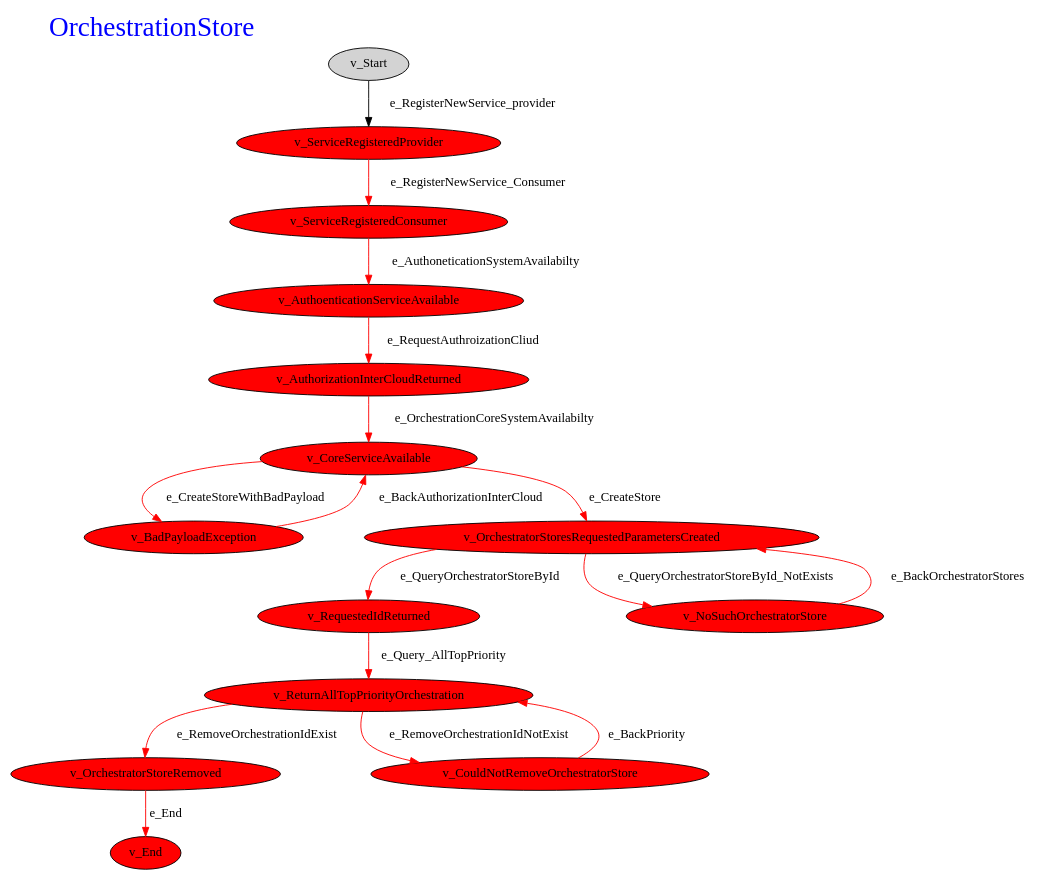
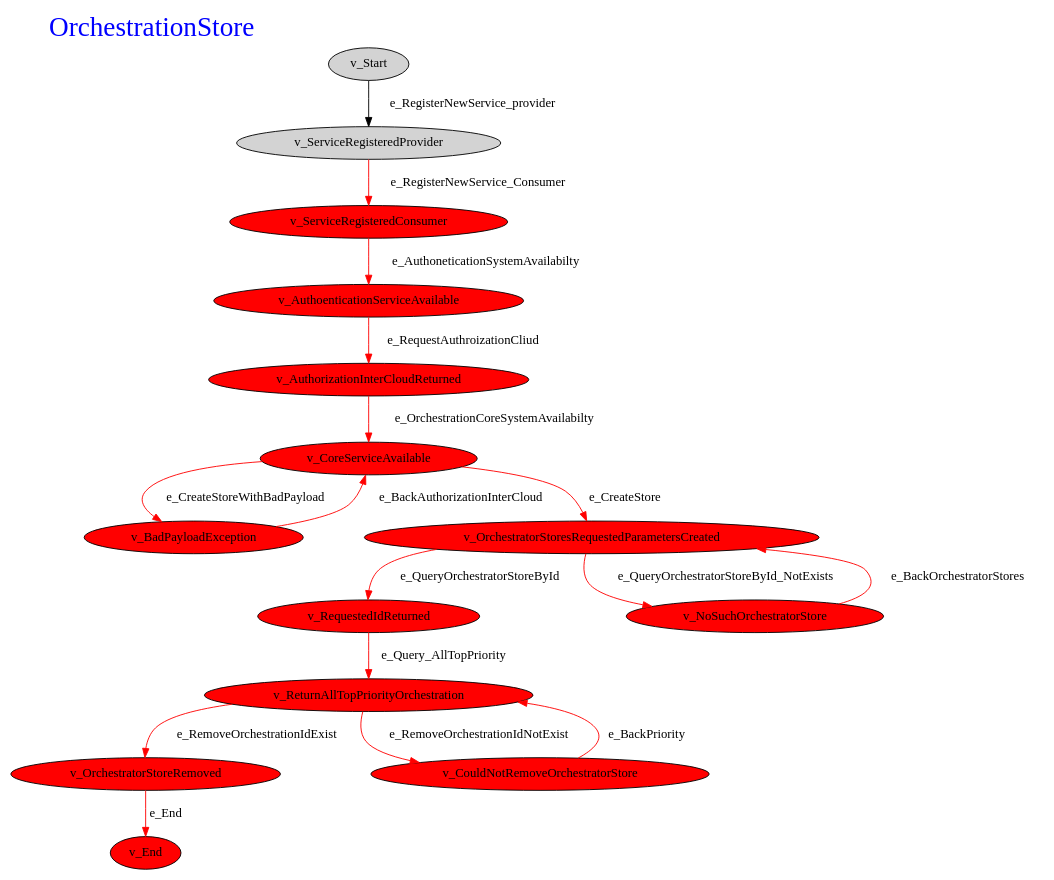
Before and after one commit to marozareh/test-arrowhead-graphwalker: the diagram in Drivers/OrchestrationStore.dot, drawn with Graphviz. The commit also changed 94 other files, not shown here.

```diff
--- a/Drivers/OrchestrationStore.dot
+++ b/Drivers/OrchestrationStore.dot
@@ -1,38 +1,37 @@
 digraph OrchestrationStore{
 rankdir=TB
 label="OrchestrationStore"
 labelloc=top
 labeljust=left
 fontcolor=blue
 node [style=filled]
 fontsize=30
-"v_ServiceRegisteredProvider" [fillcolor=red]
 "v_ServiceRegisteredConsumer" [fillcolor=red]
 "v_AuthoenticationServiceAvailable" [fillcolor=red]
 "v_AuthorizationInterCloudReturned" [fillcolor=red]
 "v_BadPayloadException" [fillcolor=red]
 "v_CoreServiceAvailable" [fillcolor=red]
 "v_OrchestratorStoresRequestedParametersCreated" [fillcolor=red]
 "v_RequestedIdReturned" [fillcolor=red]
 "v_NoSuchOrchestratorStore" [fillcolor=red]
 "v_ReturnAllTopPriorityOrchestration" [fillcolor=red]
 "v_OrchestratorStoreRemoved" [fillcolor=red]
 "v_CouldNotRemoveOrchestratorStore" [fillcolor=red]
 "v_End" [fillcolor=red]
 "v_Start" -> "v_ServiceRegisteredProvider" [ label="e_RegisterNewService_provider" color="black" ]
 "v_OrchestratorStoreRemoved" -> "v_End" [ label="e_End" color="red" ]
 "v_CouldNotRemoveOrchestratorStore" -> "v_ReturnAllTopPriorityOrchestration" [ label="e_BackPriority" color="red" ]
 "v_ReturnAllTopPriorityOrchestration" -> "v_CouldNotRemoveOrchestratorStore" [ label="e_RemoveOrchestrationIdNotExist" color="red" ]
 "v_ReturnAllTopPriorityOrchestration" -> "v_OrchestratorStoreRemoved" [ label="e_RemoveOrchestrationIdExist" color="red" ]
 "v_RequestedIdReturned" -> "v_ReturnAllTopPriorityOrchestration" [ label="e_Query_AllTopPriority" color="red" ]
 "v_NoSuchOrchestratorStore" -> "v_OrchestratorStoresRequestedParametersCreated" [ label="e_BackOrchestratorStores" color="red" ]
 "v_OrchestratorStoresRequestedParametersCreated" -> "v_NoSuchOrchestratorStore" [ label="e_QueryOrchestratorStoreById_NotExists" color="red" ]
 "v_OrchestratorStoresRequestedParametersCreated" -> "v_RequestedIdReturned" [ label="e_QueryOrchestratorStoreById" color="red" ]
 "v_BadPayloadException" -> "v_CoreServiceAvailable" [ label="e_BackAuthorizationInterCloud" color="red" ]
 "v_CoreServiceAvailable" -> "v_BadPayloadException" [ label="e_CreateStoreWithBadPayload" color="red" ]
 "v_CoreServiceAvailable" -> "v_OrchestratorStoresRequestedParametersCreated" [ label="e_CreateStore" color="red" ]
 "v_AuthorizationInterCloudReturned" -> "v_CoreServiceAvailable" [ label="e_OrchestrationCoreSystemAvailabilty" color="red" ]
 "v_AuthoenticationServiceAvailable" -> "v_AuthorizationInterCloudReturned" [ label="e_RequestAuthroizationCliud" color="red" ]
 "v_ServiceRegisteredConsumer" -> "v_AuthoenticationServiceAvailable" [ label="e_AuthoneticationSystemAvailabilty" color="red" ]
 "v_ServiceRegisteredProvider" -> "v_ServiceRegisteredConsumer" [ label="e_RegisterNewService_Consumer" color="red" ]
 }
```
